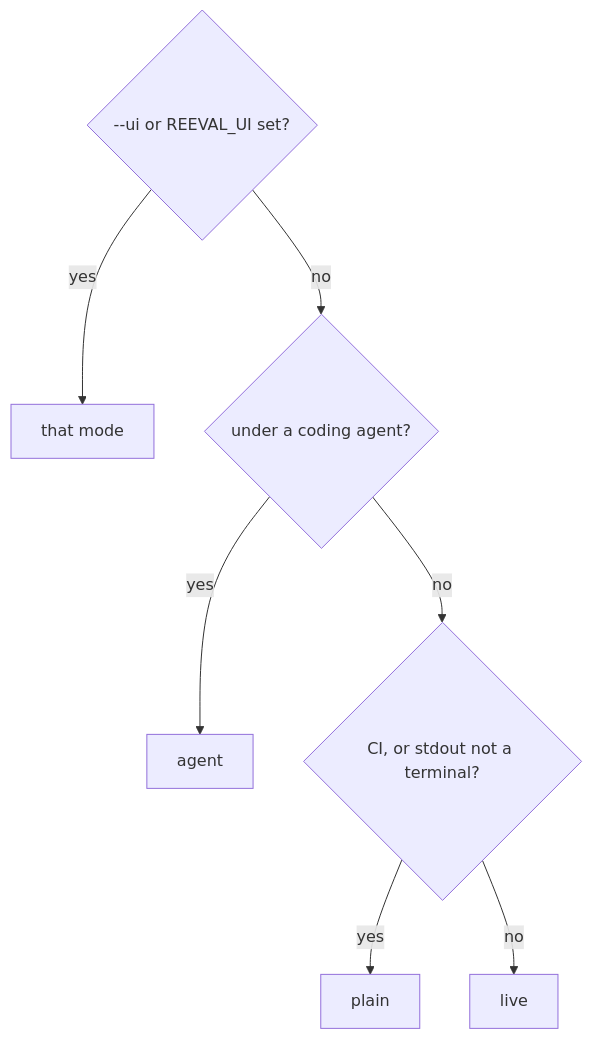
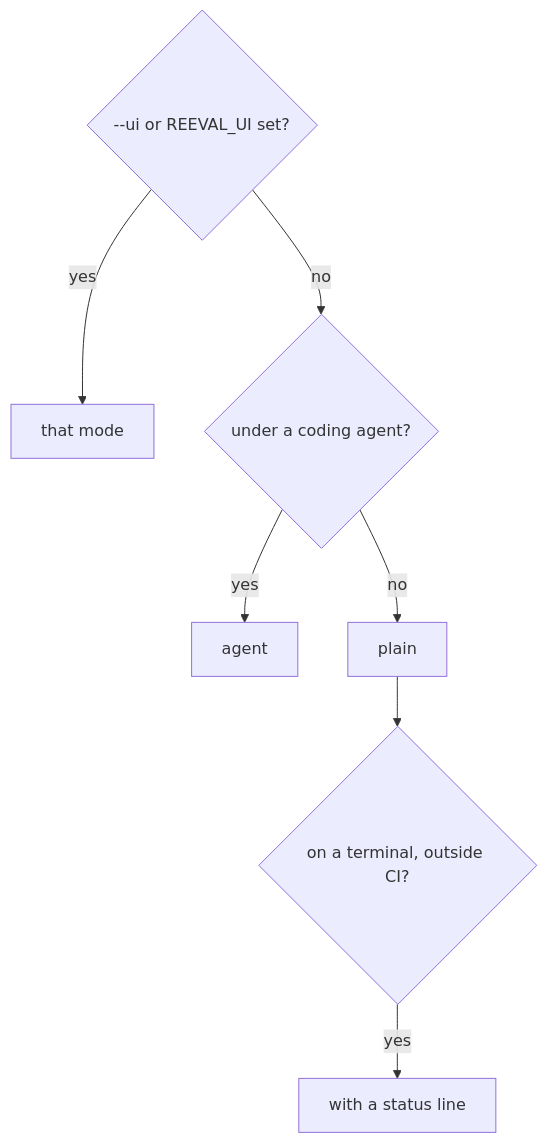
Before and after one commit to invertase/reeval: the diagram in docs/concepts/output.mdx, drawn with Mermaid. The commit also changed other lines of this file and 389 other files, not shown here.

````diff
--- a/docs/concepts/output.mdx
+++ b/docs/concepts/output.mdx
@@ -15,9 +15,9 @@
 ```mermaid
 flowchart TD
   A{"--ui or REEVAL_UI set?"} -- yes --> U[that mode]
   A -- no --> B{"under a coding agent?"}
   B -- yes --> AG[agent]
-  B -- no --> C{"CI, or stdout not a terminal?"}
-  C -- yes --> P[plain]
-  C -- no --> L[live]
+  B -- no --> P[plain]
+  P --> C{"on a terminal, outside CI?"}
+  C -- yes --> L[with a status line]
 ```
````
